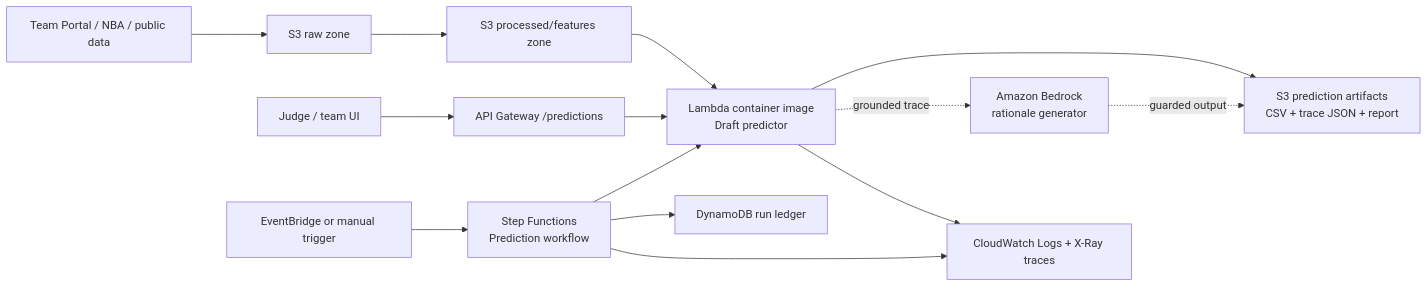
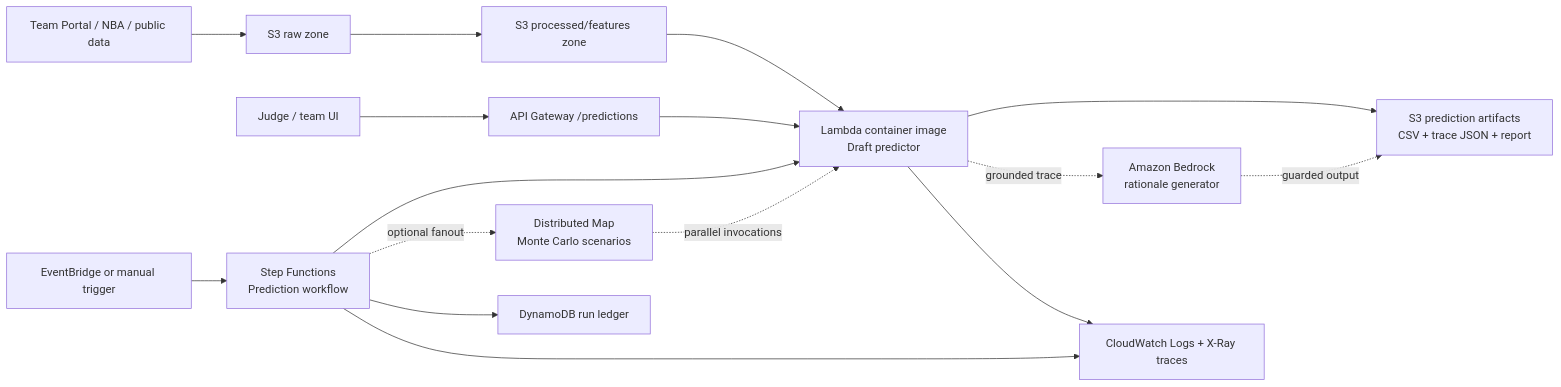
The diagram in docs/architecture.md (Jackey0903/draftcode), drawn with Mermaid before and after one commit. The commit also changed other lines of this file and 3 other files, not shown here.

````diff
--- a/docs/architecture.md
+++ b/docs/architecture.md
@@ -9,16 +11,18 @@
 ```mermaid
 flowchart LR
     Portal["Team Portal / NBA / public data"] --> Raw["S3 raw zone"]
     Raw --> Processed["S3 processed/features zone"]
     User["Judge / team UI"] --> Api["API Gateway /predictions"]
     Api --> Lambda["Lambda container image<br/>Draft predictor"]
     Processed --> Lambda
     Event["EventBridge or manual trigger"] --> Flow["Step Functions<br/>Prediction workflow"]
     Flow --> Lambda
+    Flow -. optional fanout .-> Map["Distributed Map<br/>Monte Carlo scenarios"]
+    Map -. parallel invocations .-> Lambda
     Lambda --> Trace["S3 prediction artifacts<br/>CSV + trace JSON + report"]
     Flow --> Runs["DynamoDB run ledger"]
     Lambda -. grounded trace .-> Bedrock["Amazon Bedrock<br/>rationale generator"]
     Bedrock -. guarded output .-> Trace
     Lambda --> Logs["CloudWatch Logs + X-Ray traces"]
     Flow --> Logs
 ```
````
